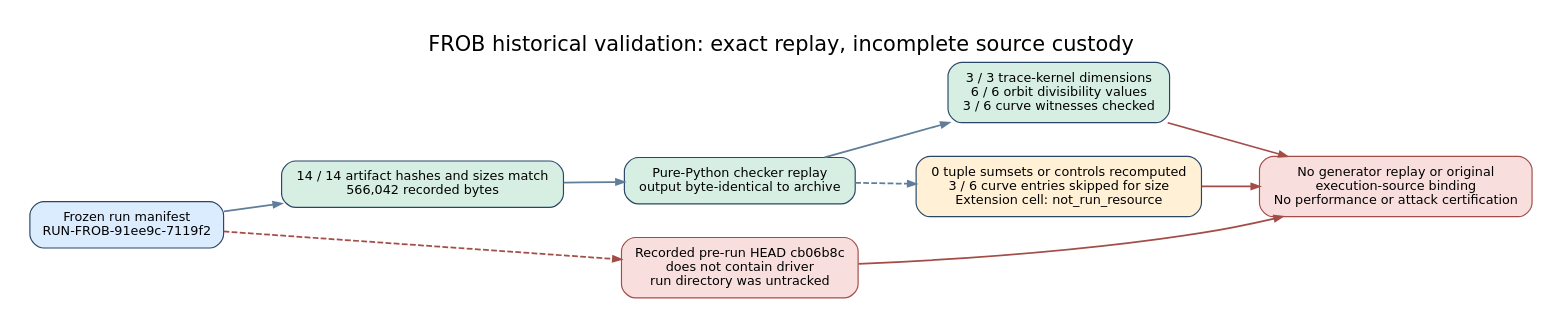
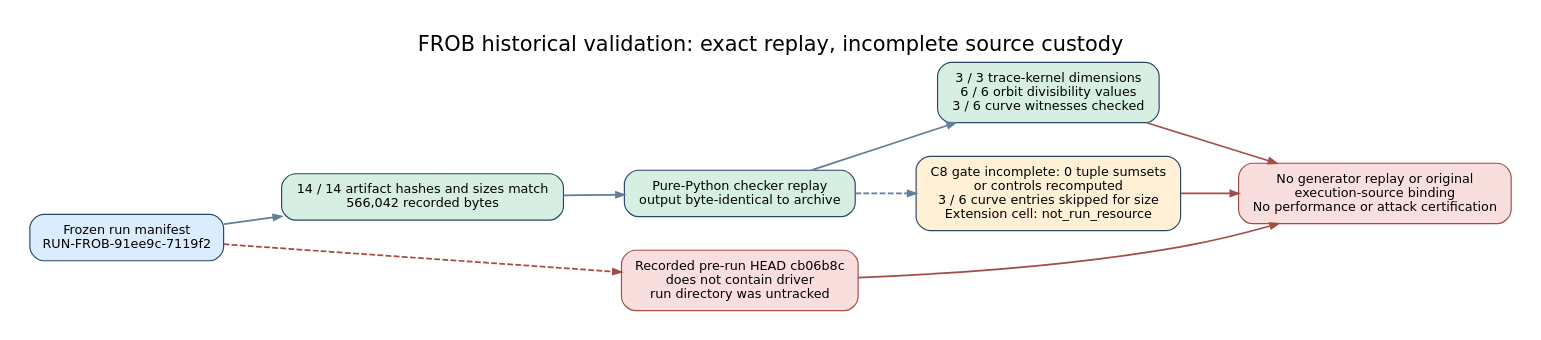
The diagram in docs/reports/2026-10-22-frob-provenance-audit/audit.dot (aburan28/crypto-autoresearcher), drawn with Graphviz before and after one commit. The commit also changed 8 other files, not shown here.

Commit message:
record incomplete FROB C8 independent validation gate

```diff
--- a/docs/reports/2026-10-22-frob-provenance-audit/audit.dot
+++ b/docs/reports/2026-10-22-frob-provenance-audit/audit.dot
@@ -1,18 +1,18 @@
 digraph frob_audit {
   graph [rankdir=LR, bgcolor="white", pad="0.25", nodesep="0.4", ranksep="0.7", fontname="DejaVu Sans", fontsize=18, label="FROB historical validation: exact replay, incomplete source custody", labelloc=t];
   node [shape=box, style="rounded,filled", color="#284766", fillcolor="#e7f1fb", fontname="DejaVu Sans", fontsize=11, margin="0.16,0.11"];
   edge [color="#607e99", penwidth=1.5, arrowsize=0.7];
 
   manifest [label="Frozen run manifest\nRUN-FROB-91ee9c-7119f2", fillcolor="#dcecff"];
   artifacts [label="14 / 14 artifact hashes and sizes match\n566,042 recorded bytes", fillcolor="#d7efe3"];
   checker [label="Pure-Python checker replay\noutput byte-identical to archive", fillcolor="#d7efe3"];
   checked [label="3 / 3 trace-kernel dimensions\n6 / 6 orbit divisibility values\n3 / 6 curve witnesses checked", fillcolor="#d7efe3"];
-  partial [label="0 tuple sumsets or controls recomputed\n3 / 6 curve entries skipped for size\nExtension cell: not_run_resource", fillcolor="#fff0d6"];
+  partial [label="C8 gate incomplete: 0 tuple sumsets\nor controls recomputed\n3 / 6 curve entries skipped for size\nExtension cell: not_run_resource", fillcolor="#fff0d6"];
   source [label="Recorded pre-run HEAD cb06b8c\ndoes not contain driver\nrun directory was untracked", fillcolor="#f8dedc", color="#a34c48"];
   boundary [label="No generator replay or original\nexecution-source binding\nNo performance or attack certification", fillcolor="#f8dedc", color="#a34c48"];
 
   manifest -> artifacts -> checker -> checked;
   checker -> partial [style=dashed];
   manifest -> source [style=dashed, color="#a34c48"];
   {checked partial source} -> boundary [color="#a34c48"];
 }
```
